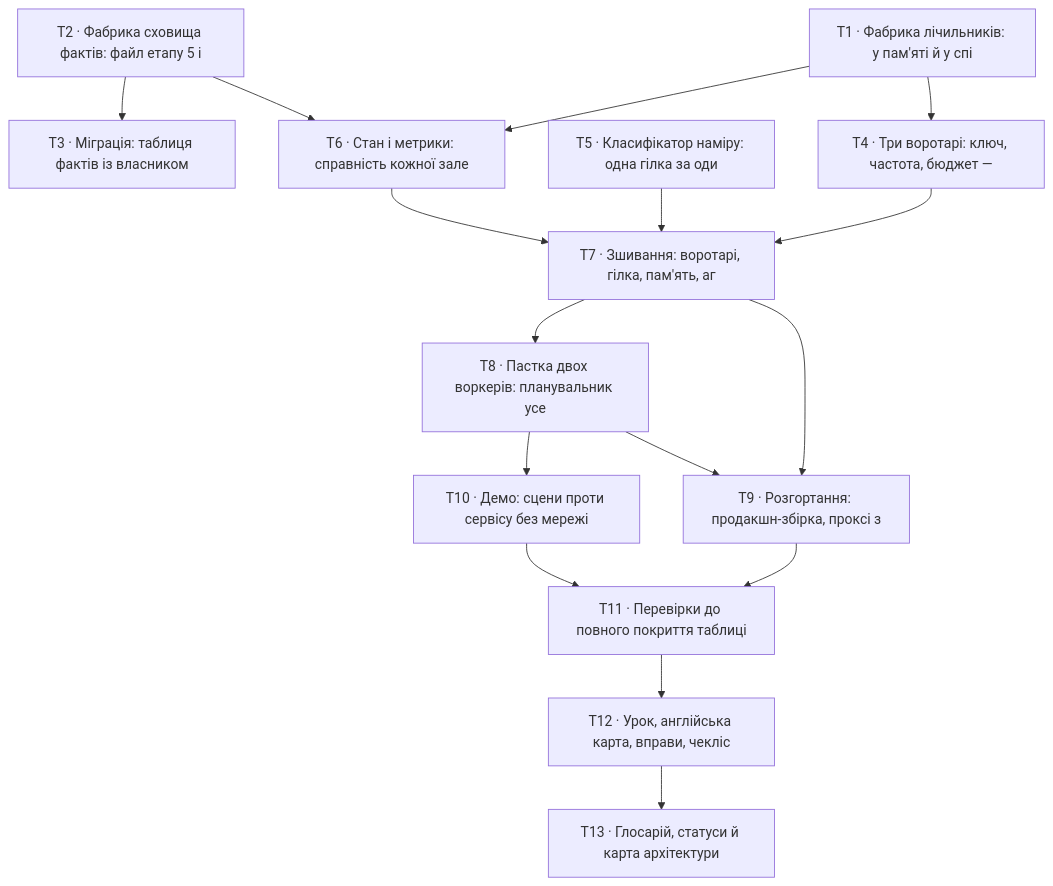
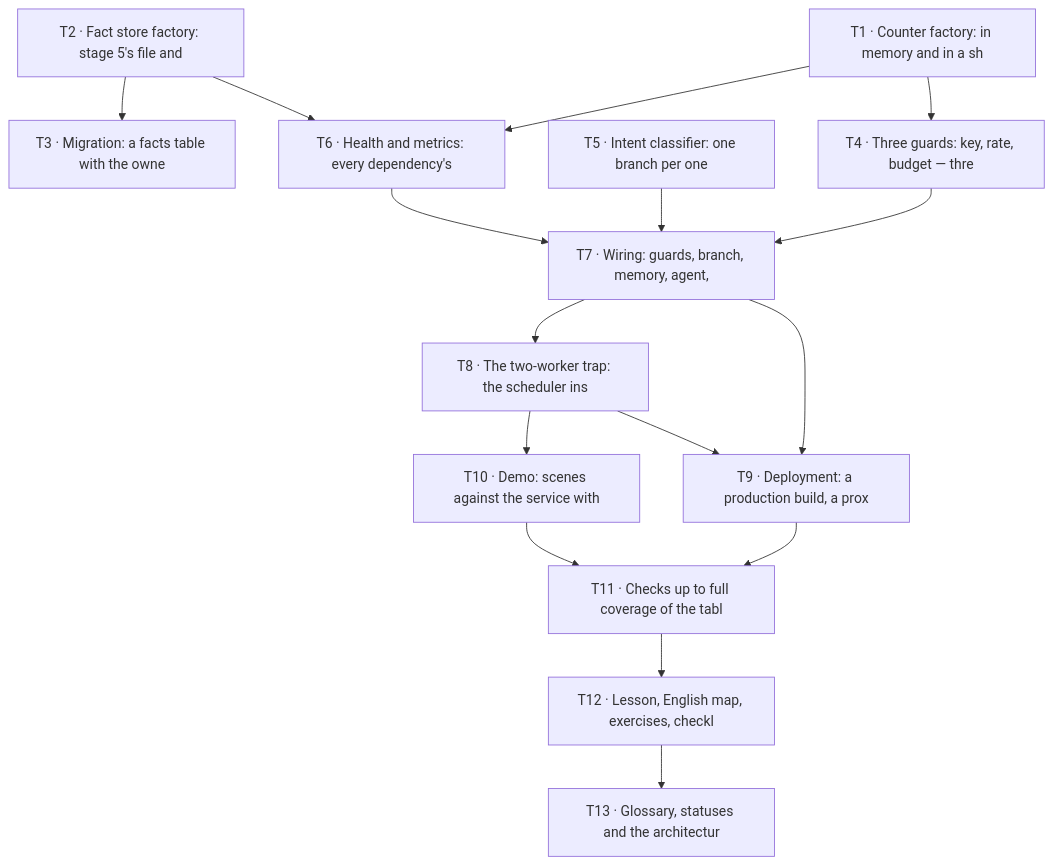
Before and after one commit to AZANIR/agentic-ai: the diagram in docs/features/s06-platform/tasks/_epic.md, drawn with Mermaid. The commit also changed other lines of this file and 245 other files, not shown here.

````diff
--- a/docs/features/s06-platform/tasks/_epic.md
+++ b/docs/features/s06-platform/tasks/_epic.md
@@ -9,31 +9,31 @@
 ```mermaid
 flowchart TD
-    T1["T1 · Фабрика лічильників: у пам'яті й у спі"]
-    T2["T2 · Фабрика сховища фактів: файл етапу 5 і"]
-    T3["T3 · Міграція: таблиця фактів із власником "]
-    T4["T4 · Три воротарі: ключ, частота, бюджет — "]
-    T5["T5 · Класифікатор наміру: одна гілка за оди"]
-    T6["T6 · Стан і метрики: справність кожної зале"]
-    T7["T7 · Зшивання: воротарі, гілка, пам'ять, аг"]
-    T8["T8 · Пастка двох воркерів: планувальник усе"]
-    T9["T9 · Розгортання: продакшн-збірка, проксі з"]
-    T10["T10 · Демо: сцени проти сервісу без мережі"]
-    T11["T11 · Перевірки до повного покриття таблиці "]
-    T12["T12 · Урок, англійська карта, вправи, чекліс"]
-    T13["T13 · Глосарій, статуси й карта архітектури"]
+    T1["T1 · Counter factory: in memory and in a sh"]
+    T2["T2 · Fact store factory: stage 5's file and"]
+    T3["T3 · Migration: a facts table with the owne"]
+    T4["T4 · Three guards: key, rate, budget — thre"]
+    T5["T5 · Intent classifier: one branch per one "]
+    T6["T6 · Health and metrics: every dependency's"]
+    T7["T7 · Wiring: guards, branch, memory, agent,"]
+    T8["T8 · The two-worker trap: the scheduler ins"]
+    T9["T9 · Deployment: a production build, a prox"]
+    T10["T10 · Demo: scenes against the service with "]
+    T11["T11 · Checks up to full coverage of the tabl"]
+    T12["T12 · Lesson, English map, exercises, checkl"]
+    T13["T13 · Glossary, statuses and the architectur"]
     T2 --> T3
     T1 --> T4
     T1 --> T6
     T2 --> T6
     T4 --> T7
     T5 --> T7
     T6 --> T7
     T7 --> T8
     T7 --> T9
     T8 --> T9
     T8 --> T10
     T9 --> T11
     T10 --> T11
     T11 --> T12
     T12 --> T13
 ```
````
